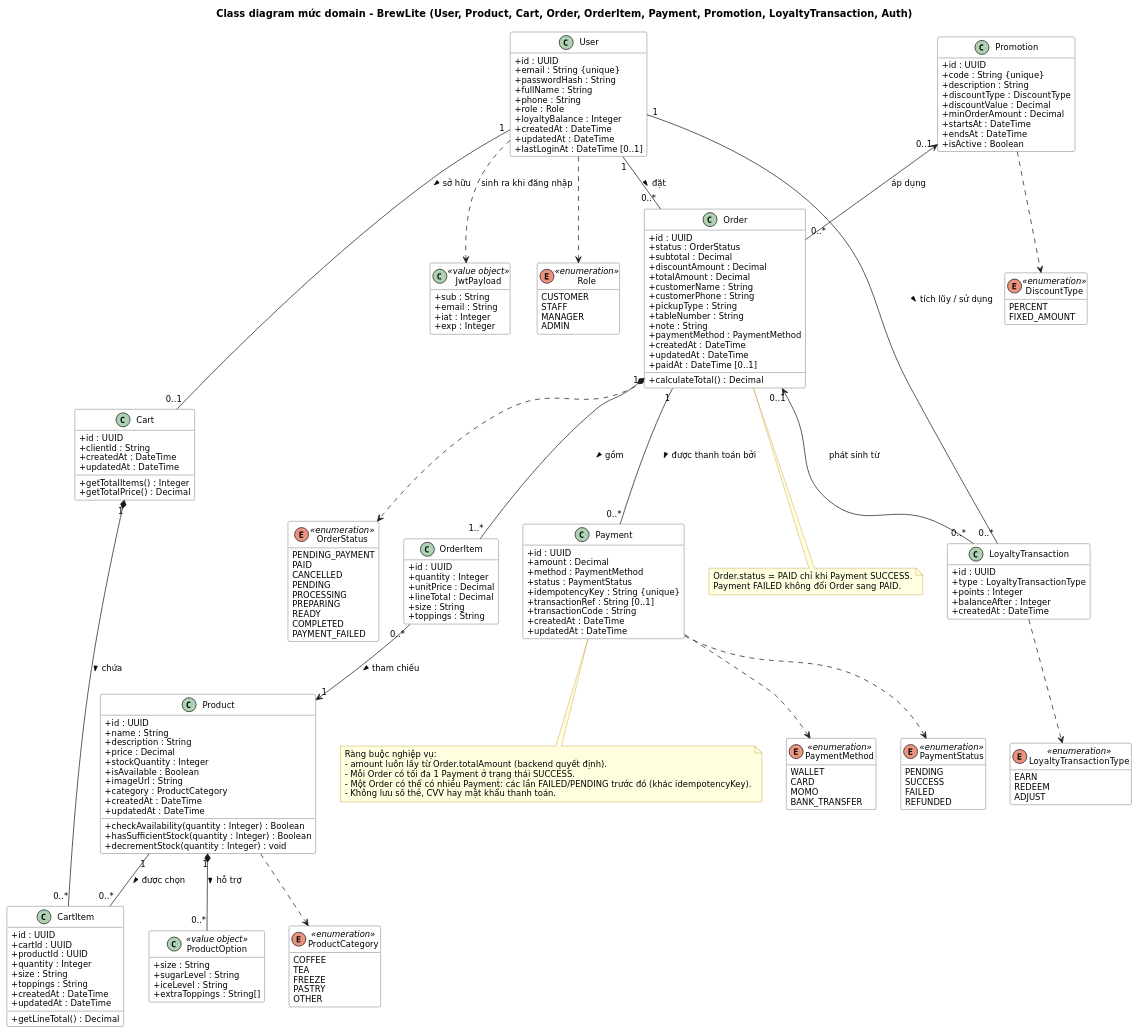
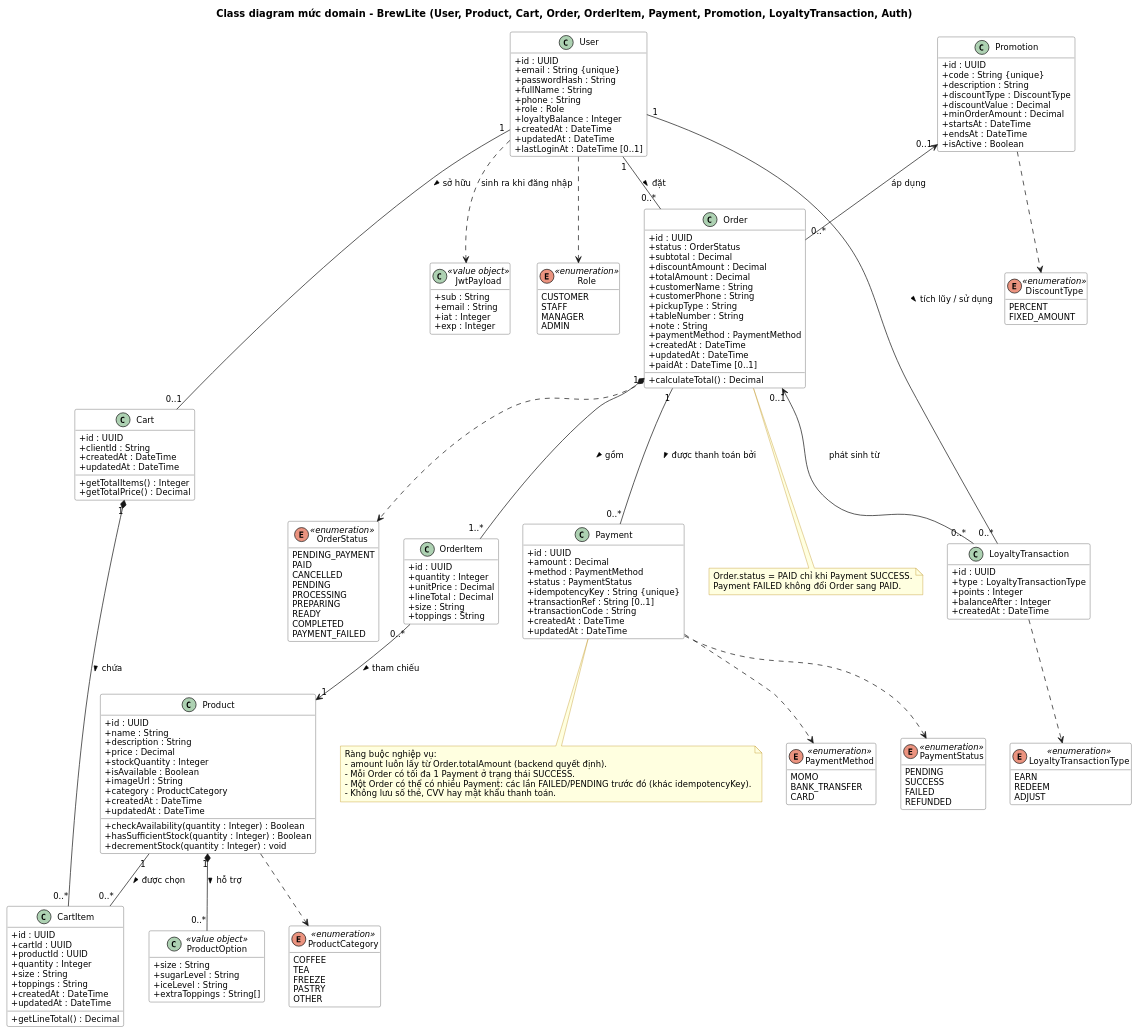
One commit to supergigachadsupreme300/brewlite2 changed the diagram in docs/diagrams/class-domain.puml. Above: the diagram before and after it, drawn with PlantUML. The commit also changed 12 other files, not shown here.

Commit message:
docs: align payment methods in diagrams

```diff
--- a/docs/diagrams/class-domain.puml
+++ b/docs/diagrams/class-domain.puml
@@ -31,10 +31,9 @@
 }
 
 enum PaymentMethod <<enumeration>> {
-  WALLET
-  CARD
   MOMO
   BANK_TRANSFER
+  CARD
 }
 
 enum PaymentStatus <<enumeration>> {
```
